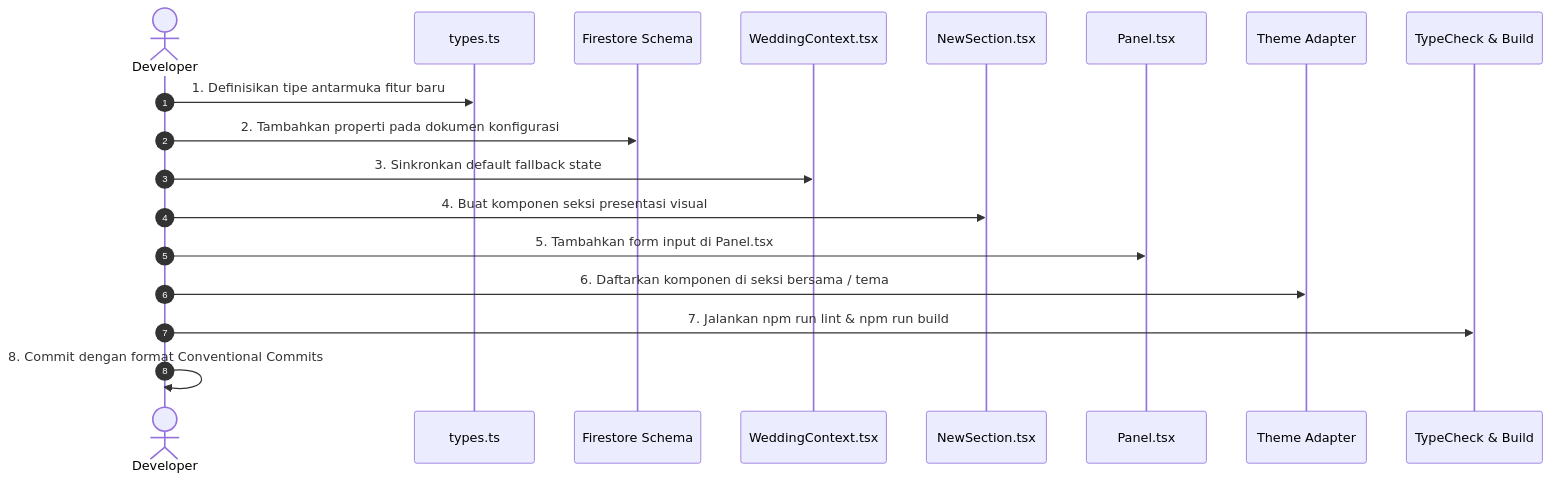
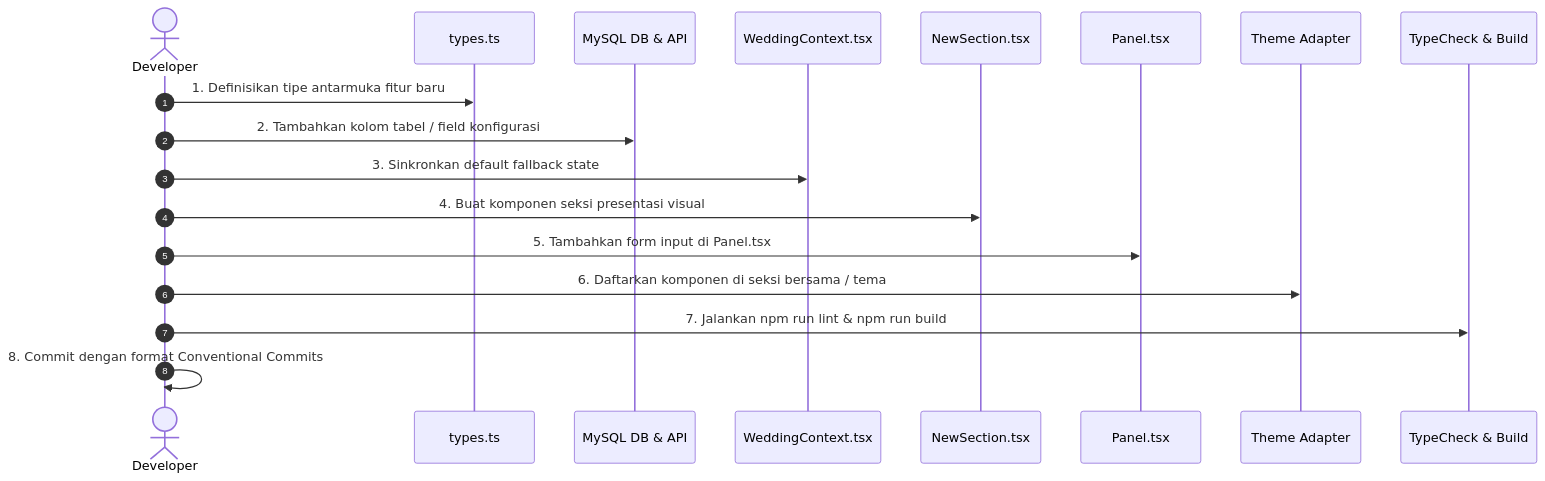
One commit to hndko/app_weddingbetawi_react changed the second of 2 diagrams in docs/03-developer-guide.md. Above: the diagram before and after it, drawn with Mermaid. The commit also changed other lines of this file and 39 other files, not shown here.

````diff
--- a/docs/03-developer-guide.md
+++ b/docs/03-developer-guide.md
@@ -247,21 +233,21 @@
 ```mermaid
 sequenceDiagram
     autonumber
     actor Dev as Developer
     participant Type as types.ts
-    participant DB as Firestore Schema
+    participant DB as MySQL DB & API
     participant Ctx as WeddingContext.tsx
     participant UI as NewSection.tsx
     participant Admin as Panel.tsx
     participant Inv as Theme Adapter
     participant Test as TypeCheck & Build
 
     Dev->>Type: 1. Definisikan tipe antarmuka fitur baru
-    Dev->>DB: 2. Tambahkan properti pada dokumen konfigurasi
+    Dev->>DB: 2. Tambahkan kolom tabel / field konfigurasi
     Dev->>Ctx: 3. Sinkronkan default fallback state
     Dev->>UI: 4. Buat komponen seksi presentasi visual
     Dev->>Admin: 5. Tambahkan form input di Panel.tsx
     Dev->>Inv: 6. Daftarkan komponen di seksi bersama / tema
     Dev->>Test: 7. Jalankan npm run lint & npm run build
     Dev->>Dev: 8. Commit dengan format Conventional Commits
 ```
````
